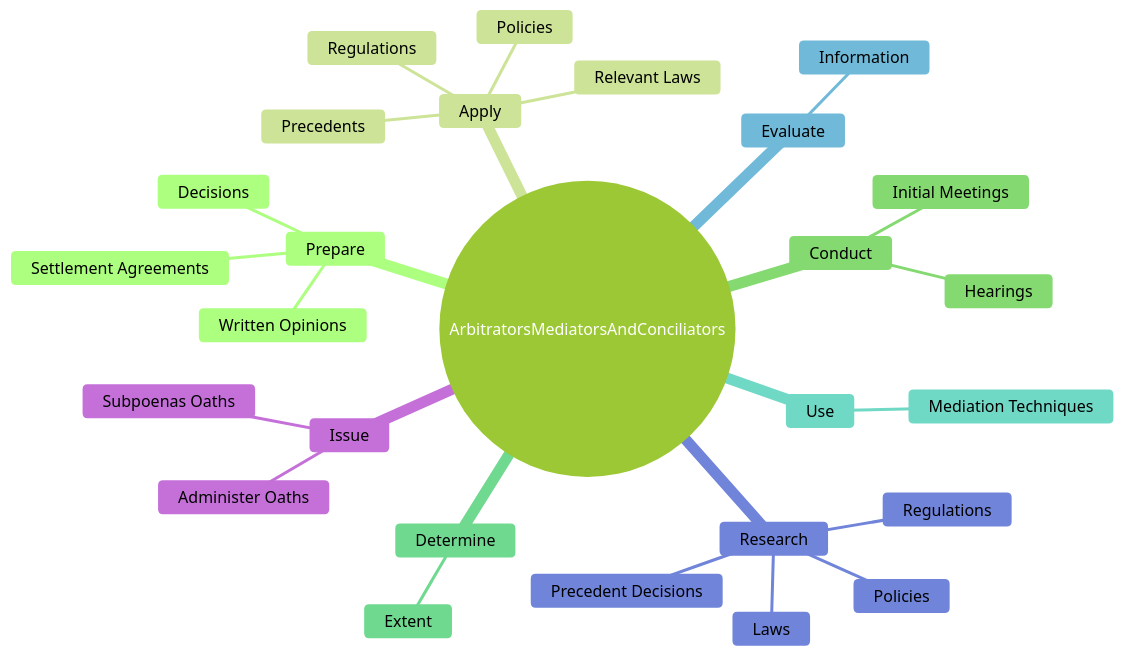
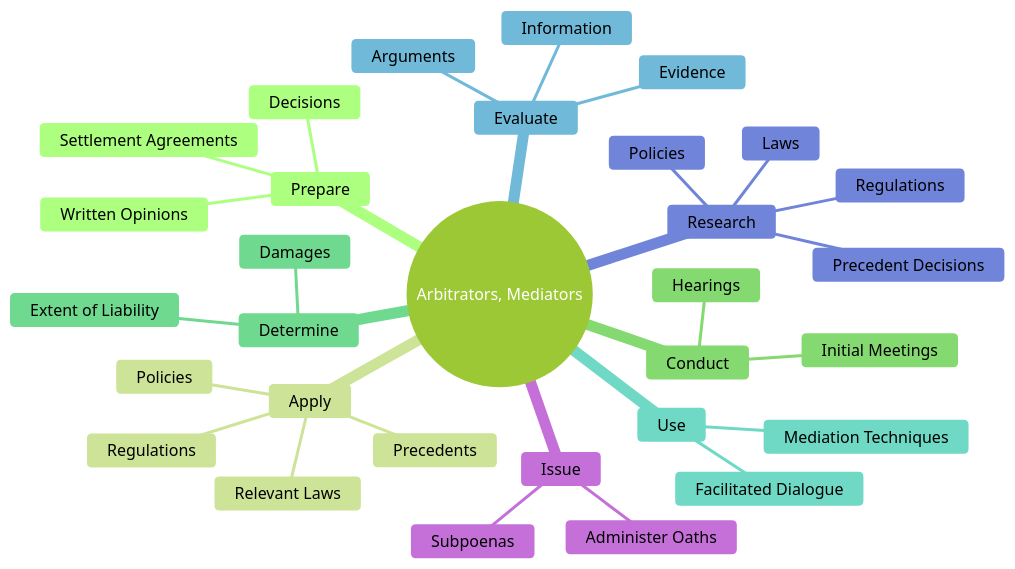
Before and after one commit to kziemski/business.org.ai: the second of 4 diagrams in occupations/Legal/ArbitratorsMediatorsAndConciliators.mdx, drawn with Mermaid (forest theme). The commit also changed other lines of this file and 938 other files, not shown here.

````diff
--- a/occupations/Legal/ArbitratorsMediatorsAndConciliators.mdx
+++ b/occupations/Legal/ArbitratorsMediatorsAndConciliators.mdx
@@ -37,30 +46,34 @@
 ```mermaid
 mindmap
-    root(("ArbitratorsMediatorsAndConciliators"))
+    root(("Arbitrators, Mediators"))
         Prepare
             Written Opinions
             Decisions
             Settlement Agreements
         Apply
             Relevant Laws
             Regulations
             Policies
             Precedents
         Conduct
             Hearings
             Initial Meetings
         Determine
-            Extent
+            Extent of Liability
+            Damages
         Use
             Mediation Techniques
+            Facilitated Dialogue
         Evaluate
             Information
+            Evidence
+            Arguments
         Research
             Laws
             Regulations
             Policies
             Precedent Decisions
         Issue
-            Subpoenas Oaths
+            Subpoenas
             Administer Oaths
 ```
````
